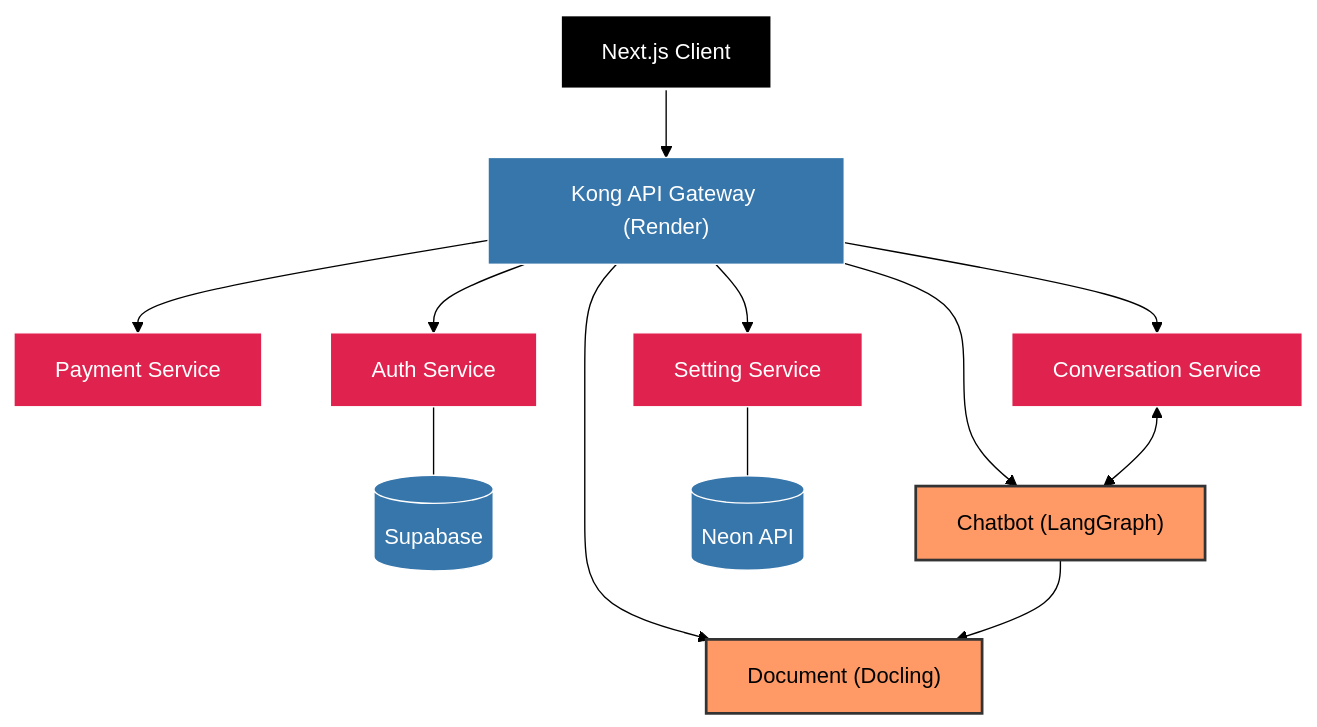
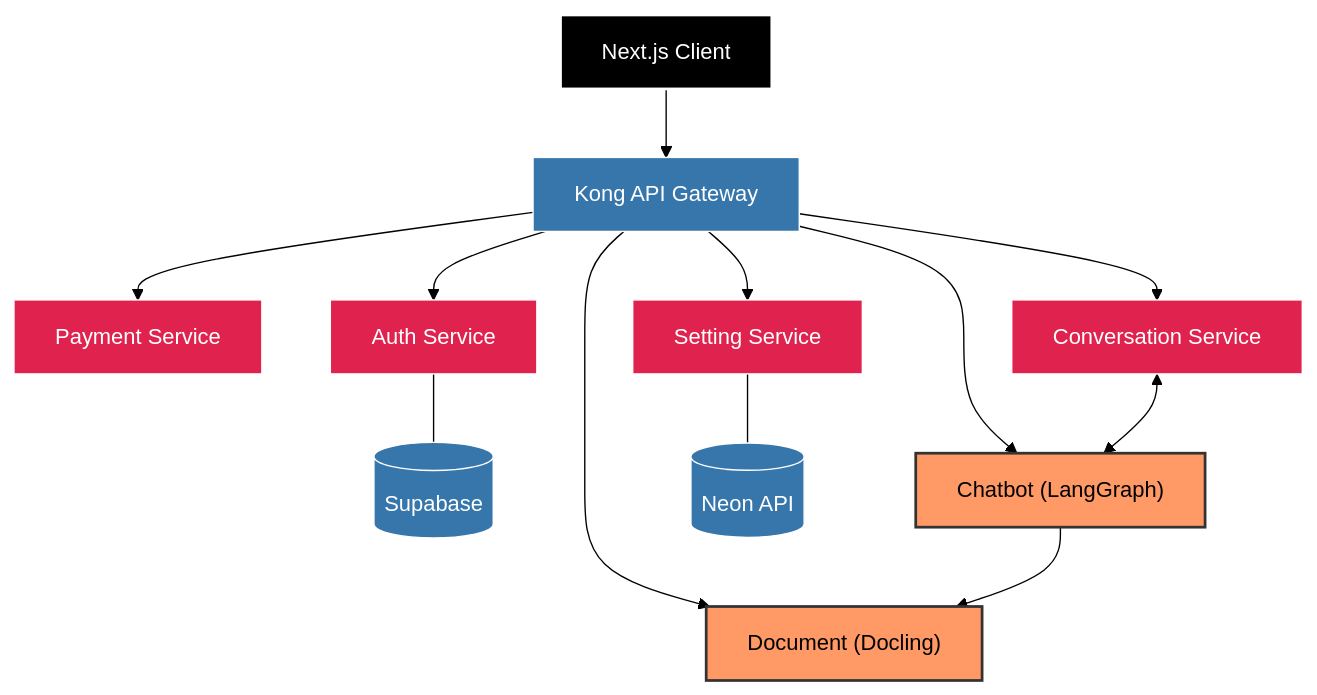
The diagram in docs/1. Tổng quan đề tài/1.2. Cơ sở lý thuyết/MSA.mmd (20206205Tech/docs-markdown), drawn with Mermaid (forest theme) before and after one commit. The commit also changed 1 other file, not shown here.

```diff
--- a/docs/1. Tổng quan đề tài/1.2. Cơ sở lý thuyết/MSA.mmd
+++ b/docs/1. Tổng quan đề tài/1.2. Cơ sở lý thuyết/MSA.mmd
@@ -1,47 +1,47 @@
 graph TB
     %% Định nghĩa màu sắc (Styles)
     classDef client fill:#000,stroke:#fff,stroke-width:2px,color:#fff;
     classDef gateway  fill:#3776ab,stroke:#fff,stroke-width:1px,color:#fff;
     classDef nestjs fill:#e0234e,stroke:#fff,stroke-width:1px,color:#fff;
     classDef python fill:#f96,stroke:#333,stroke-width:2px;
     classDef database  fill:#3776ab,stroke:#fff,stroke-width:1px,color:#fff;
 
     %% Nodes
     Client["Next.js Client"]:::client
 
     %% subgraph Gateway_Layer [API Gateway]
-        Kong["Kong API Gateway (Render)"]:::gateway
+        Kong["Kong API Gateway"]:::gateway
     %% end
 
     %% subgraph NestJS_Services [NestJS Ecosystem]
         Payment["Payment Service"]:::nestjs
         Conv["Conversation Service"]:::nestjs
         Auth["Auth Service"]:::nestjs
         Supa[("Supabase")]:::database
         Auth --- Supa
     %% end
 
     %% subgraph Python_Services [Python Ecosystem]
         Chatbot["Chatbot (LangGraph)"]:::python
         Doc["Document (Docling)"]:::python
     %% end
 
     %% subgraph Other_Services [Others]
         Setting["Setting Service"]:::nestjs
         Neon[("Neon API")]:::database
         Setting --- Neon
     %% end
 
     %% Connections
     Client --> Kong
 
     Kong --> Auth
     Kong --> Setting
     Kong --> Payment
     Kong --> Conv
     Kong --> Chatbot
     Kong --> Doc
 
     %% Logic Flow
     Conv <--> Chatbot
     Chatbot --> Doc
```
